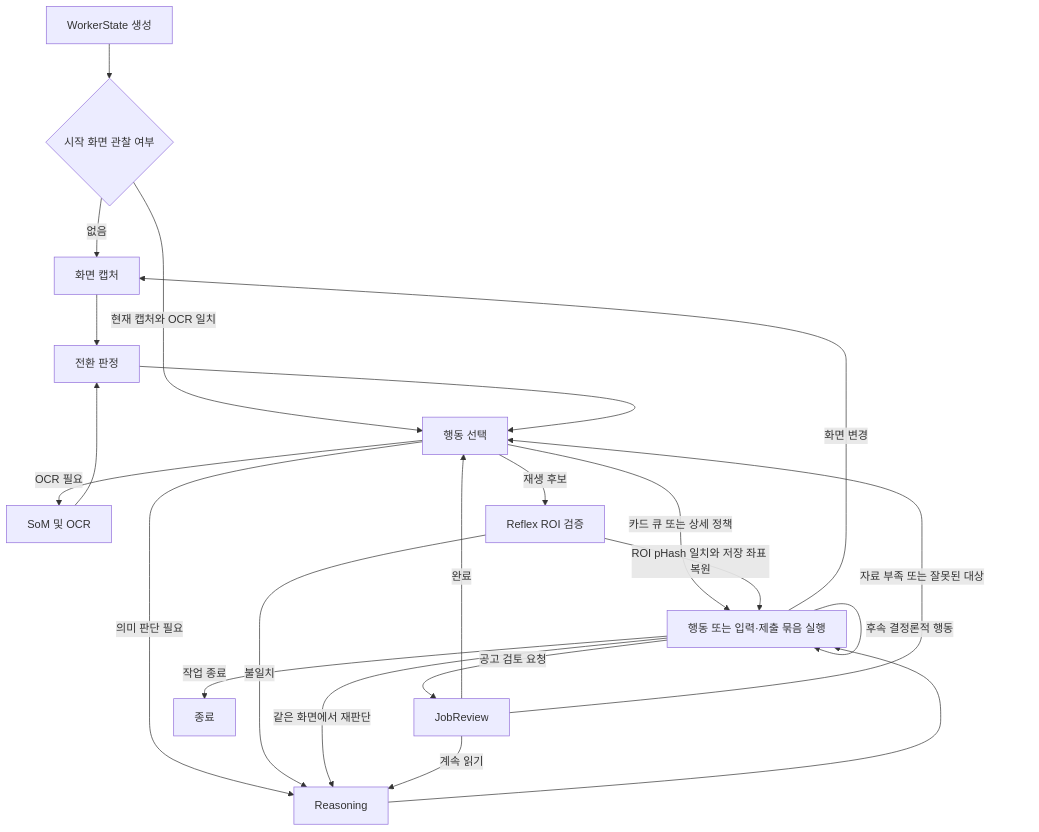
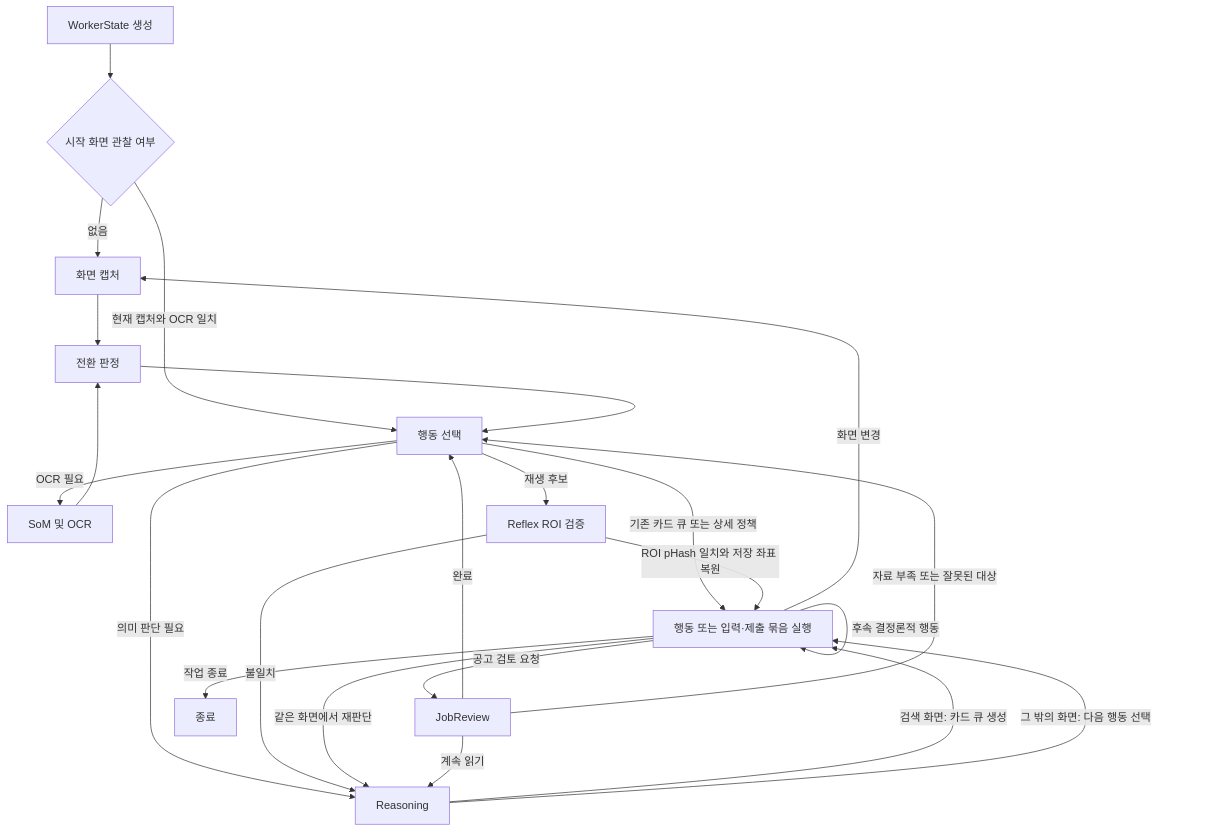
Before and after one commit to Dreamtreeme/L2C: the second of 2 diagrams in ARCHITECTURE.md, drawn with Mermaid. The commit also changed other lines of this file and 98 other files, not shown here.

````diff
--- a/ARCHITECTURE.md
+++ b/ARCHITECTURE.md
@@ -53,24 +53,25 @@
 ```mermaid
 flowchart TD
     S[WorkerState 생성] --> START{시작 화면 관찰 여부}
     START -->|없음| CAPTURE[화면 캡처]
     START -->|현재 캡처와 OCR 일치| SELECT[행동 선택]
     CAPTURE[화면 캡처] --> TRANSITION[전환 판정]
     TRANSITION --> SELECT
     OCR[SoM 및 OCR] --> TRANSITION
     SELECT -->|OCR 필요| OCR
-    SELECT -->|카드 큐 또는 상세 정책| EXECUTION[행동 또는 입력·제출 묶음 실행]
+    SELECT -->|기존 카드 큐 또는 상세 정책| EXECUTION[행동 또는 입력·제출 묶음 실행]
     SELECT -->|재생 후보| REFLEX[Reflex ROI 검증]
     SELECT -->|의미 판단 필요| REASON[Reasoning]
     REFLEX -->|ROI pHash 일치와 저장 좌표 복원| EXECUTION
     REFLEX -->|불일치| REASON
-    REASON --> EXECUTION
+    REASON -->|검색 화면: 카드 큐 생성| EXECUTION
+    REASON -->|그 밖의 화면: 다음 행동 선택| EXECUTION
     EXECUTION -->|화면 변경| CAPTURE
     EXECUTION -->|같은 화면에서 재판단| REASON
     EXECUTION -->|후속 결정론적 행동| EXECUTION
     EXECUTION -->|공고 검토 요청| REVIEW[JobReview]
     REVIEW -->|계속 읽기| REASON
     REVIEW -->|완료| SELECT
     REVIEW -->|자료 부족 또는 잘못된 대상| SELECT
     EXECUTION -->|작업 종료| END[종료]
 ```
````
